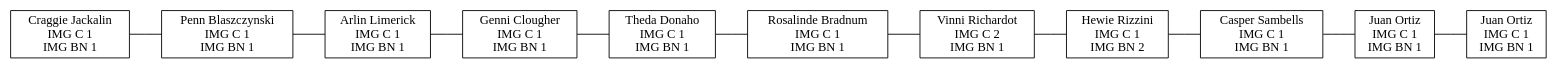
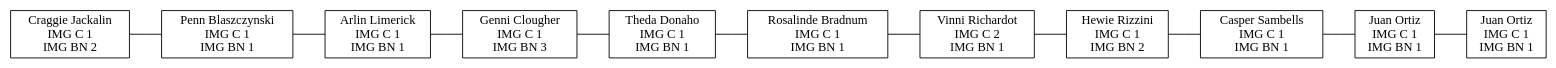
One commit to d-acetun/simulacion-sistema-impresion-de-imagenes changed the diagram in Fase1/colaRecepcion.dot. Above: the diagram before and after it, drawn with Graphviz. The commit also changed 8 other files, not shown here.

```diff
--- a/Fase1/colaRecepcion.dot
+++ b/Fase1/colaRecepcion.dot
@@ -1,26 +1,26 @@
 digraph ejemplo {
 node[shape=box]
 edge[arrowhead=none]
-0 [label="Craggie Jackalin\nIMG C 1\nIMG BN 1"]
+0 [label="Craggie Jackalin\nIMG C 1\nIMG BN 2"]
 1 [label="Penn Blaszczynski\nIMG C 1\nIMG BN 1"]
 2 [label="Arlin Limerick\nIMG C 1\nIMG BN 1"]
-3 [label="Genni Clougher\nIMG C 1\nIMG BN 1"]
+3 [label="Genni Clougher\nIMG C 1\nIMG BN 3"]
 4 [label="Theda Donaho\nIMG C 1\nIMG BN 1"]
 5 [label="Rosalinde Bradnum\nIMG C 1\nIMG BN 1"]
 6 [label="Vinni Richardot\nIMG C 2\nIMG BN 1"]
 7 [label="Hewie Rizzini\nIMG C 1\nIMG BN 2"]
 8 [label="Casper Sambells\nIMG C 1\nIMG BN 1"]
 9 [label="Juan Ortiz\nIMG C 1\nIMG BN 1"]
 10 [label="Juan Ortiz\nIMG C 1\nIMG BN 1"]
 0->1
 1->2
 2->3
 3->4
 4->5
 5->6
 6->7
 7->8
 8->9
 9->10
 rankdir=LR
 }
```
